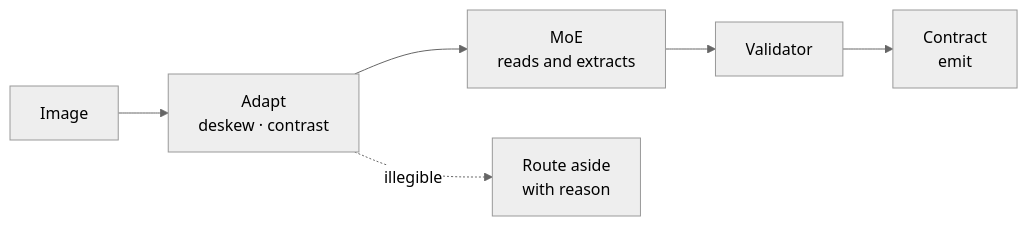
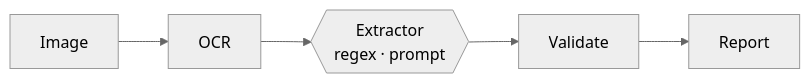
Before and after one commit to mariogarcia-ar/docflow: the third of 5 diagrams in workflow.md, drawn with Mermaid (neutral theme). The commit also changed other lines of this file, not shown here.

````diff
--- a/workflow.md
+++ b/workflow.md
@@ -194,8 +102,7 @@
 ```mermaid
 graph LR
-    A["Image"] --> B["Adapt<br/>deskew · contrast"]
-    B --> C["MoE<br/>reads and extracts"]
-    C --> D["Validator"]
-    D --> E["Contract<br/>emit"]
-    B -.->|"illegible"| F["Route aside<br/>with reason"]
+    A["Image"] --> B["OCR"]
+    B --> C{{"Extractor<br/>regex · prompt"}}
+    C --> D["Validate"]
+    D --> E["Report"]
 ```
````
